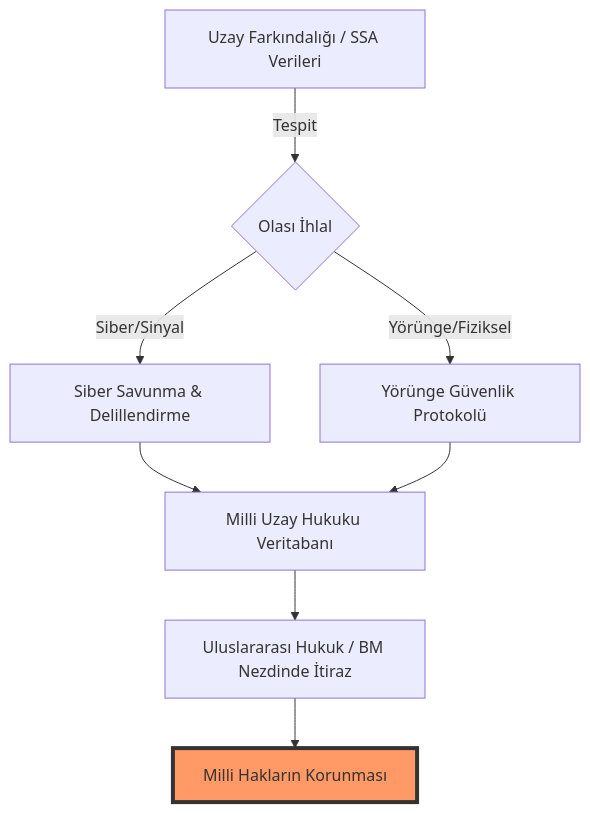
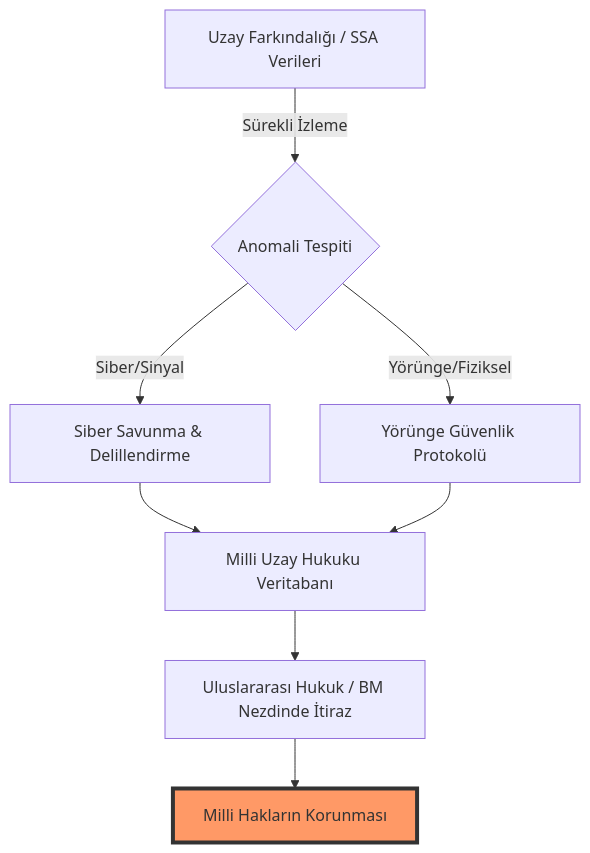
Before and after one commit to arch-yunus/MilliHaklar-UzayHukuku: the first of 3 diagrams in README.md, drawn with Mermaid. The commit also changed other lines of this file and 3 other files, not shown here.

````diff
--- a/README.md
+++ b/README.md
@@ -24,11 +21,11 @@
 ```mermaid
 graph TD
-    A[Uzay Farkındalığı / SSA Verileri] -->|Tespit| B{Olası İhlal}
+    A[Uzay Farkındalığı / SSA Verileri] -->|Sürekli İzleme| B{Anomali Tespiti}
     B -->|Siber/Sinyal| C[Siber Savunma & Delillendirme]
     B -->|Yörünge/Fiziksel| D[Yörünge Güvenlik Protokolü]
     C --> E[Milli Uzay Hukuku Veritabanı]
     D --> E
     E --> F[Uluslararası Hukuk / BM Nezdinde İtiraz]
     F --> G[Milli Hakların Korunması]
     style G fill:#f96,stroke:#333,stroke-width:4px
 ```
````
